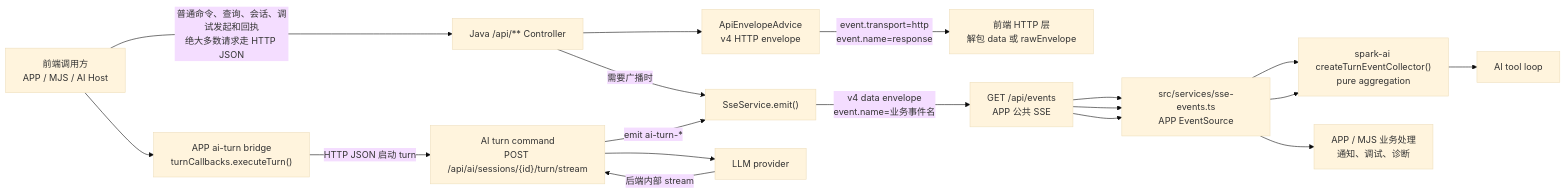
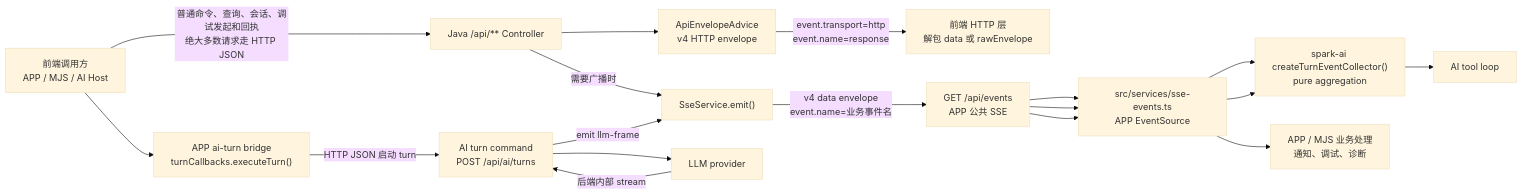
One commit to LMSpark/spark-view-vue changed the first of 2 diagrams in docs/api/SPARK_COMMUNICATION_ENVELOPE_V4.md. Above: the diagram before and after it, drawn with Mermaid (base theme). The commit also changed other lines of this file and 164 other files, not shown here.

````diff
--- a/docs/api/SPARK_COMMUNICATION_ENVELOPE_V4.md
+++ b/docs/api/SPARK_COMMUNICATION_ENVELOPE_V4.md
@@ -125,33 +125,33 @@
 ```mermaid
 flowchart LR
   caller["前端调用方<br/>APP / MJS / AI Host"]
   httpController["Java /api/** Controller"]
   envelopeAdvice["ApiEnvelopeAdvice<br/>v4 HTTP envelope"]
   httpClient["前端 HTTP 层<br/>解包 data 或 rawEnvelope"]
 
   sseService["SseService.emit()"]
   appEvents["GET /api/events<br/>APP 公共 SSE"]
   appSseReader["src/services/sse-events.ts<br/>APP EventSource"]
   turnCollector["spark-ai createTurnEventCollector()<br/>pure aggregation"]
   businessHandlers["APP / MJS 业务处理<br/>通知、调试、诊断"]
 
   aiBridge["APP ai-turn bridge<br/>turnCallbacks.executeTurn()"]
-  aiTurnCommand["AI turn command<br/>POST /api/ai/sessions/{id}/turn/stream"]
+  aiTurnCommand["AI turn command<br/>POST /api/ai/turns"]
   provider["LLM provider"]
   toolLoop["AI tool loop"]
 
   caller -->|"普通命令、查询、会话、调试发起和回执<br/>绝大多数请求走 HTTP JSON"| httpController
   httpController --> envelopeAdvice -->|"event.transport=http<br/>event.name=response"| httpClient
 
   httpController -->|"需要广播时"| sseService
   sseService -->|"v4 data envelope<br/>event.name=业务事件名"| appEvents
   appEvents --> appSseReader --> businessHandlers
   appEvents --> appSseReader --> turnCollector
 
   caller --> aiBridge
   aiBridge -->|"HTTP JSON 启动 turn"| aiTurnCommand
   aiTurnCommand --> provider
   provider -->|"后端内部 stream"| aiTurnCommand
-  aiTurnCommand -->|"emit ai-turn-*"| sseService
+  aiTurnCommand -->|"emit llm-frame"| sseService
   appEvents --> appSseReader --> turnCollector --> toolLoop
 ```
````
